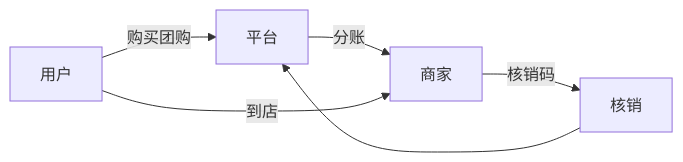
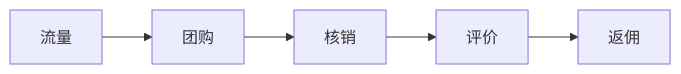
Before and after one commit to tghrxxxyyy/knowledge-base: the diagram in 业务模型/本地生活到店业务模型.md, drawn with Mermaid. The commit also changed other lines of this file and 270 other files, not shown here.

````diff
--- a/业务模型/本地生活到店业务模型.md
+++ b/业务模型/本地生活到店业务模型.md
@@ -7,8 +19,9 @@
 ```mermaid
 flowchart LR
-    U[用户] -->|购买团购| P[平台]
-    P -->|分账| M[商家]
-    U -->|到店| M
-    M -->|核销码| V[核销]
-    V --> P
+    A[流量]
+    B[团购]
+    C[核销]
+    D[评价]
+    E[返佣]
+    A --> B --> C --> D --> E
 ```
````
